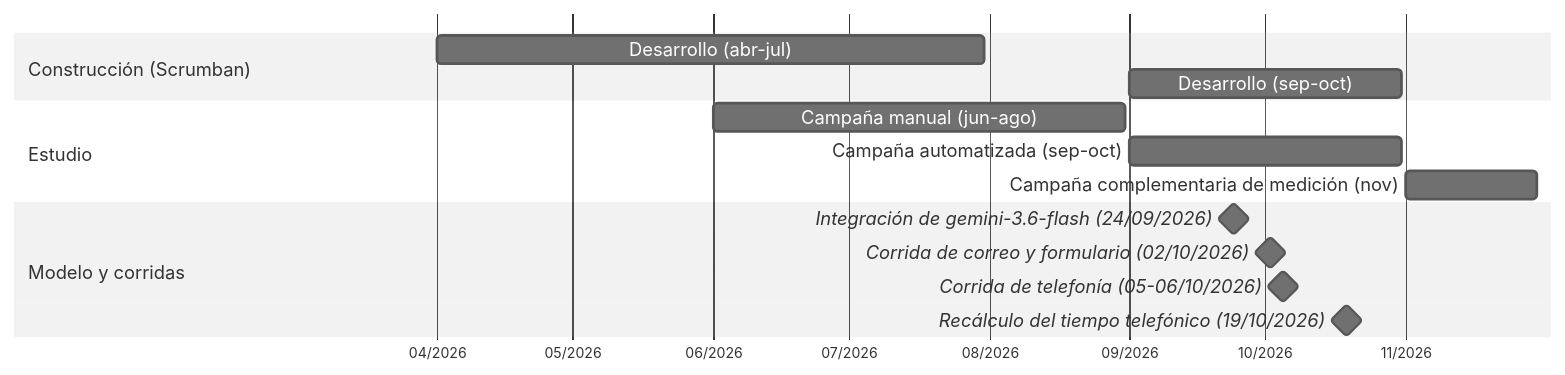
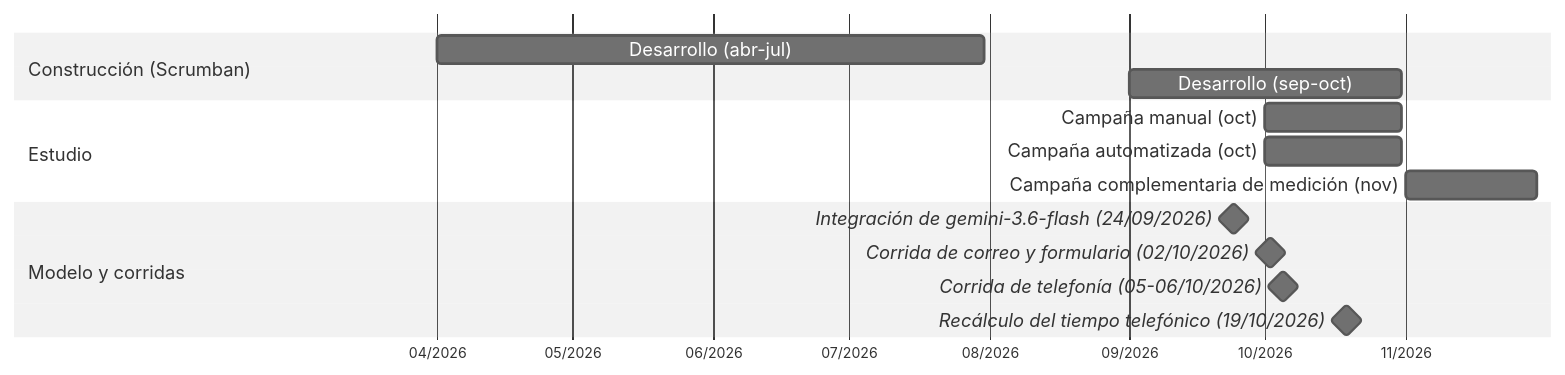
Before and after one commit to lucaGomezB/Automatizacion-de-Mesa-de-Ayuda-N8N: the diagram in docs/diagrams/cronograma.md, drawn with Mermaid (neutral theme). The commit also changed other lines of this file, not shown here.

````diff
--- a/docs/diagrams/cronograma.md
+++ b/docs/diagrams/cronograma.md
@@ -28,20 +28,20 @@
 ```mermaid
 %%{init: {"gantt": {"leftPadding": 300, "rightPadding": 20, "fontSize": 13, "sectionFontSize": 13}}}%%
 gantt
     dateFormat YYYY-MM-DD
     axisFormat %m/%Y
     tickInterval 1month
     todayMarker off
     section Construcción (Scrumban)
     Desarrollo (abr-jul)             :cons1, 2026-04-01, 2026-07-31
     Desarrollo (sep-oct)             :cons2, 2026-09-01, 2026-10-31
     section Estudio
-    Campaña manual (jun-ago)         :cm, 2026-06-01, 2026-08-31
-    Campaña automatizada (sep-oct)   :ca, 2026-09-01, 2026-10-31
+    Campaña manual (oct)             :cm, 2026-10-01, 2026-10-31
+    Campaña automatizada (oct)       :ca, 2026-10-01, 2026-10-31
     Campaña complementaria de medición (nov) :cmed, 2026-11-01, 2026-11-30
     section Modelo y corridas
     Integración de gemini-3.6-flash (24/09/2026)  :milestone, m1, 2026-09-24, 0d
     Corrida de correo y formulario (02/10/2026)   :milestone, m2, 2026-10-02, 0d
     Corrida de telefonía (05-06/10/2026)          :milestone, m3, 2026-10-05, 0d
     Recálculo del tiempo telefónico (19/10/2026)  :milestone, m4, 2026-10-19, 0d
 ```
````
